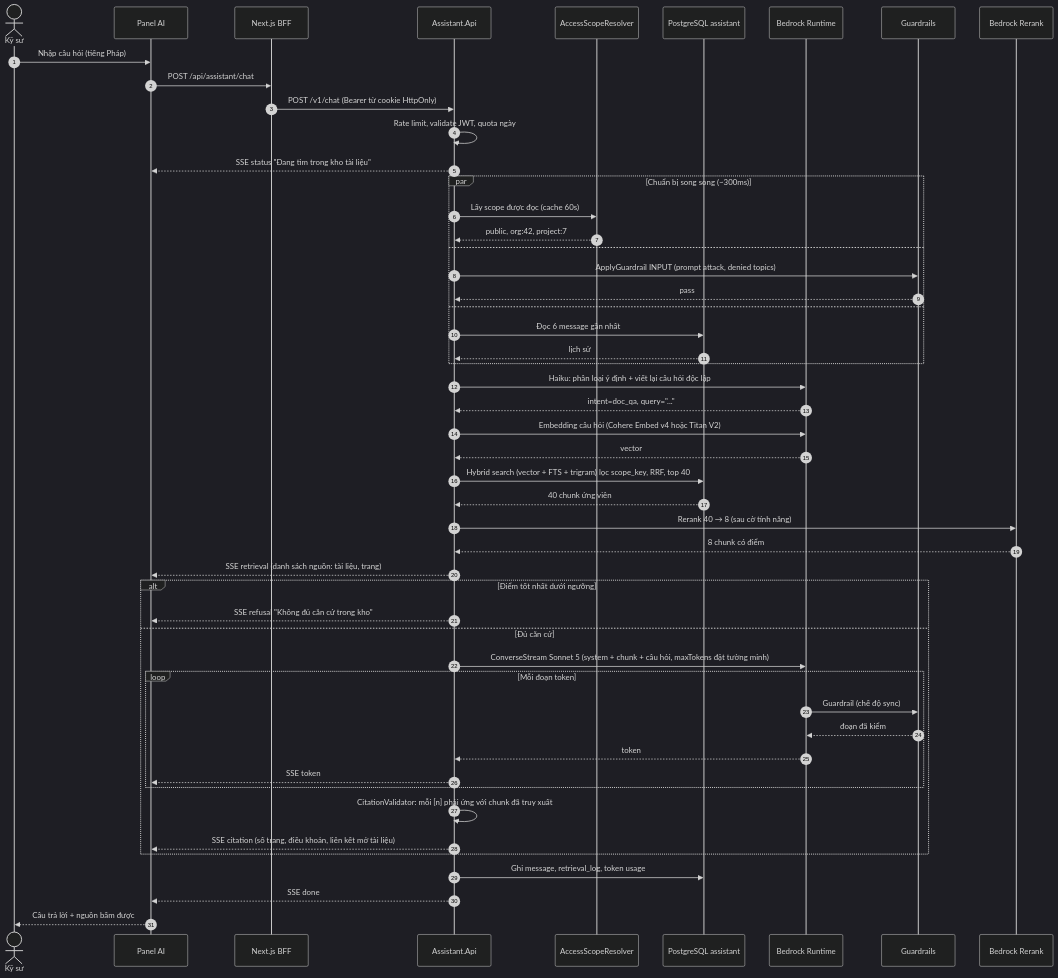
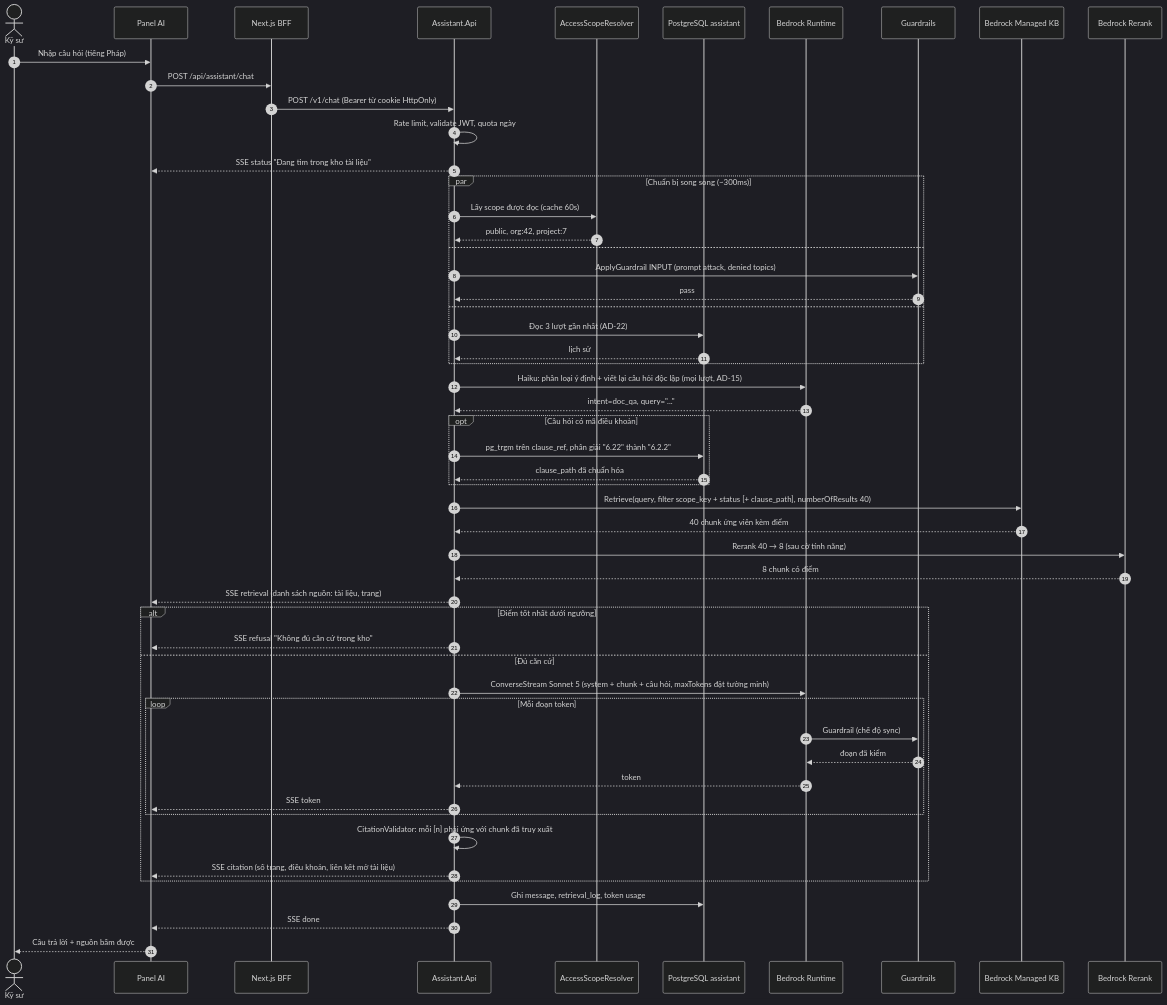
One commit to vdloc/vfstructures-ai-solution changed the second of 6 diagrams in 02-assistant-service.md. Above: the diagram before and after it, drawn with Mermaid (dark theme). The commit also changed other lines of this file and 26 other files, not shown here.

Commit message:
Update v1.1 architecture docs and add guidelines, specs, presentation material

````diff
--- a/02-assistant-service.md
+++ b/02-assistant-service.md
@@ -67,58 +67,61 @@
 ```mermaid
 sequenceDiagram
   autonumber
   actor U as Kỹ sư
   participant UI as Panel AI
   participant BFF as Next.js BFF
   participant A as Assistant.Api
   participant S as AccessScopeResolver
   participant DB as PostgreSQL assistant
   participant BR as Bedrock Runtime
   participant GR as Guardrails
+  participant KB as Bedrock Managed KB
   participant RR as Bedrock Rerank
 
   U->>UI: Nhập câu hỏi (tiếng Pháp)
   UI->>BFF: POST /api/assistant/chat
   BFF->>A: POST /v1/chat (Bearer từ cookie HttpOnly)
   A->>A: Rate limit, validate JWT, quota ngày
   A-->>UI: SSE status "Đang tìm trong kho tài liệu"
 
   par Chuẩn bị song song (~300ms)
     A->>S: Lấy scope được đọc (cache 60s)
     S-->>A: public, org:42, project:7
   and
     A->>GR: ApplyGuardrail INPUT (prompt attack, denied topics)
     GR-->>A: pass
   and
-    A->>DB: Đọc 6 message gần nhất
+    A->>DB: Đọc 3 lượt gần nhất (AD-22)
     DB-->>A: lịch sử
   end
 
-  A->>BR: Haiku: phân loại ý định + viết lại câu hỏi độc lập
+  A->>BR: Haiku: phân loại ý định + viết lại câu hỏi độc lập (mọi lượt, AD-15)
   BR-->>A: intent=doc_qa, query="..."
-  A->>BR: Embedding câu hỏi (Cohere Embed v4 hoặc Titan V2)
-  BR-->>A: vector
-  A->>DB: Hybrid search (vector + FTS + trigram) lọc scope_key, RRF, top 40
-  DB-->>A: 40 chunk ứng viên
+  opt Câu hỏi có mã điều khoản
+    A->>DB: pg_trgm trên clause_ref, phân giải "6.22" thành "6.2.2"
+    DB-->>A: clause_path đã chuẩn hóa
+  end
+  A->>KB: Retrieve(query, filter scope_key + status [+ clause_path], numberOfResults 40)
+  KB-->>A: 40 chunk ứng viên kèm điểm
   A->>RR: Rerank 40 → 8 (sau cờ tính năng)
   RR-->>A: 8 chunk có điểm
   A-->>UI: SSE retrieval (danh sách nguồn: tài liệu, trang)
 
   alt Điểm tốt nhất dưới ngưỡng
     A-->>UI: SSE refusal "Không đủ căn cứ trong kho"
   else Đủ căn cứ
     A->>BR: ConverseStream Sonnet 5 (system + chunk + câu hỏi, maxTokens đặt tường minh)
     loop Mỗi đoạn token
       BR->>GR: Guardrail (chế độ sync)
       GR-->>BR: đoạn đã kiểm
       BR-->>A: token
       A-->>UI: SSE token
     end
     A->>A: CitationValidator: mỗi [n] phải ứng với chunk đã truy xuất
     A-->>UI: SSE citation (số trang, điều khoản, liên kết mở tài liệu)
   end
 
   A->>DB: Ghi message, retrieval_log, token usage
   A-->>UI: SSE done
   UI-->>U: Câu trả lời + nguồn bấm được
 ```
````
